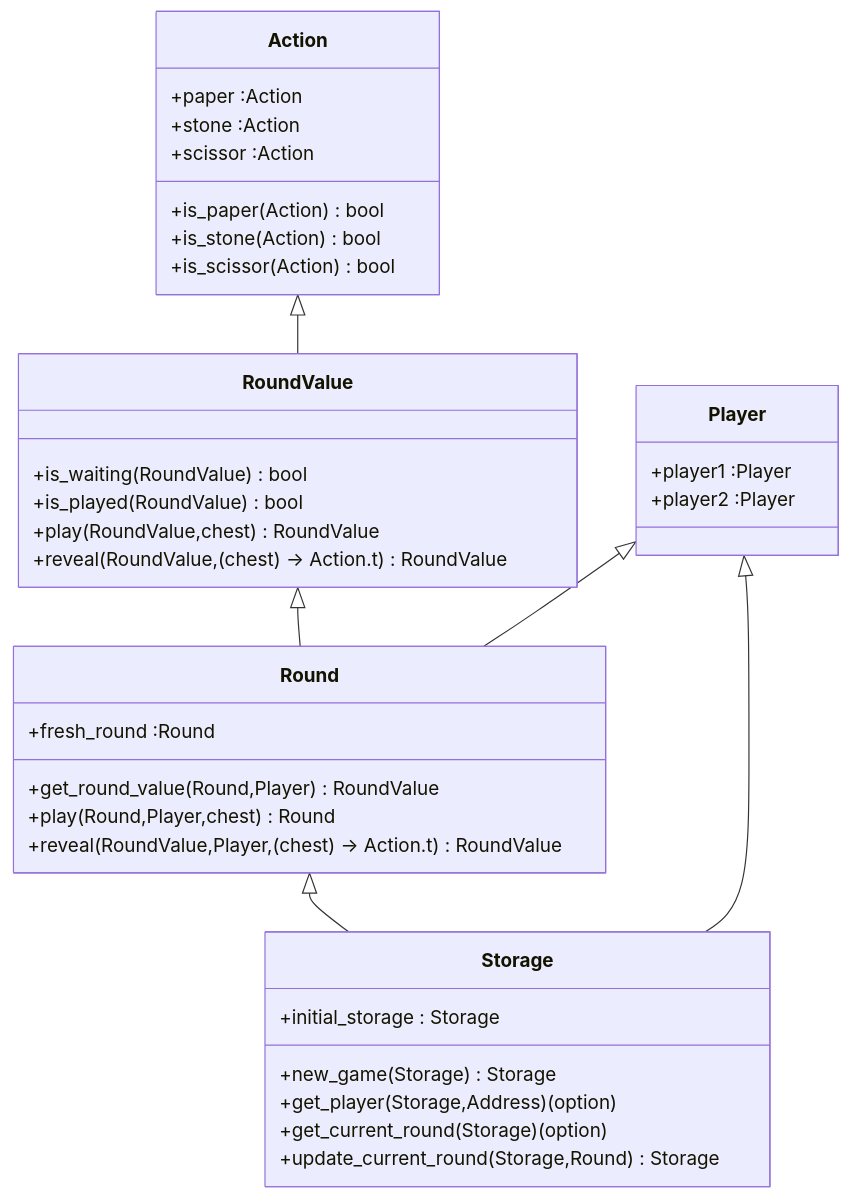
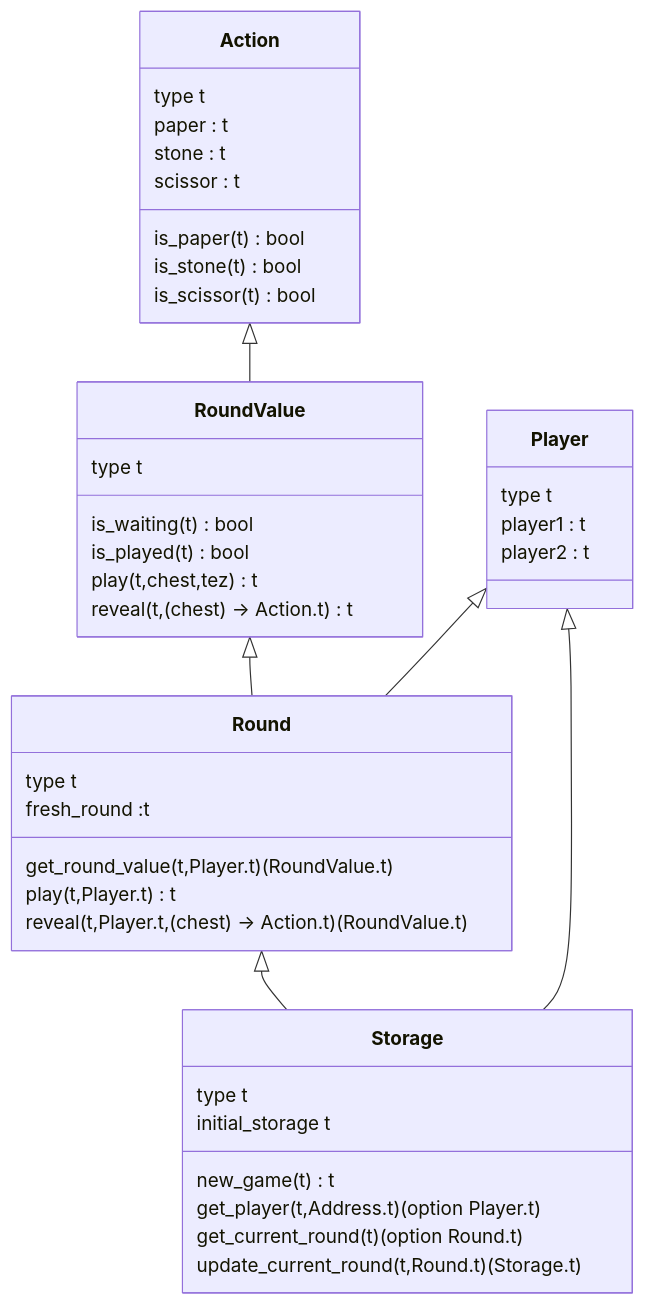
One commit to ligolang/jsligo-training-dapp-shifumi changed the fifth of 5 diagrams in v2/README.md. Above: the diagram before and after it, drawn with Mermaid. The commit also changed 2 other files, not shown here.

Commit message:
Documentation

````diff
--- a/v2/README.md
+++ b/v2/README.md
@@ -77,44 +77,49 @@
 ```mermaid
 classDiagram
     Action <|-- RoundValue
     RoundValue <|-- Round
     Round <|-- Storage
     Player <|-- Round
     Player <|-- Storage
 
     class Action{
-        +paper :Action
-        +stone :Action
-        +scissor :Action
-        +is_paper(Action) bool
-        +is_stone(Action) bool
-        +is_scissor(Action) bool
+         type t
+         paper : t
+         stone : t
+         scissor : t
+         is_paper(t) bool
+         is_stone(t) bool
+         is_scissor(t) bool
     }
             
     class Player{
-        +player1 :Player 
-        +player2 :Player
+         type t
+         player1 : t
+         player2 : t
     }
 
     class RoundValue{
-        +is_waiting(RoundValue) bool
-        +is_played(RoundValue) bool
-        +play(RoundValue,chest) RoundValue
-        +reveal(RoundValue,(chest) -> Action.t) RoundValue
+         type t
+         is_waiting(t) bool
+         is_played(t) bool
+         play(t,chest,tez) t
+         reveal(t,(chest) -> Action.t) t
     }
 
     class Round{
-        +fresh_round :Round
-        +get_round_value(Round,Player) RoundValue
-        +play(Round,Player,chest) Round
-        +reveal(RoundValue,Player,(chest) -> Action.t) RoundValue
+         type t
+         fresh_round :t
+         get_round_value(t,Player.t) (RoundValue.t)
+         play(t,Player.t) t
+         reveal(t,Player.t,(chest) -> Action.t) (RoundValue.t)
     }
 
     class Storage{
-        +initial_storage : Storage
-        +new_game(Storage) Storage
-        +get_player(Storage,Address) (option<Player>)
-        +get_current_round(Storage) (option<Round>)
-        +update_current_round(Storage,Round) Storage
+         type t
+         initial_storage t
+         new_game(t) t
+         get_player(t,Address.t) (option Player.t)
+         get_current_round(t) (option Round.t)
+         update_current_round(t,Round.t) (Storage.t)
     }
 ```
````
